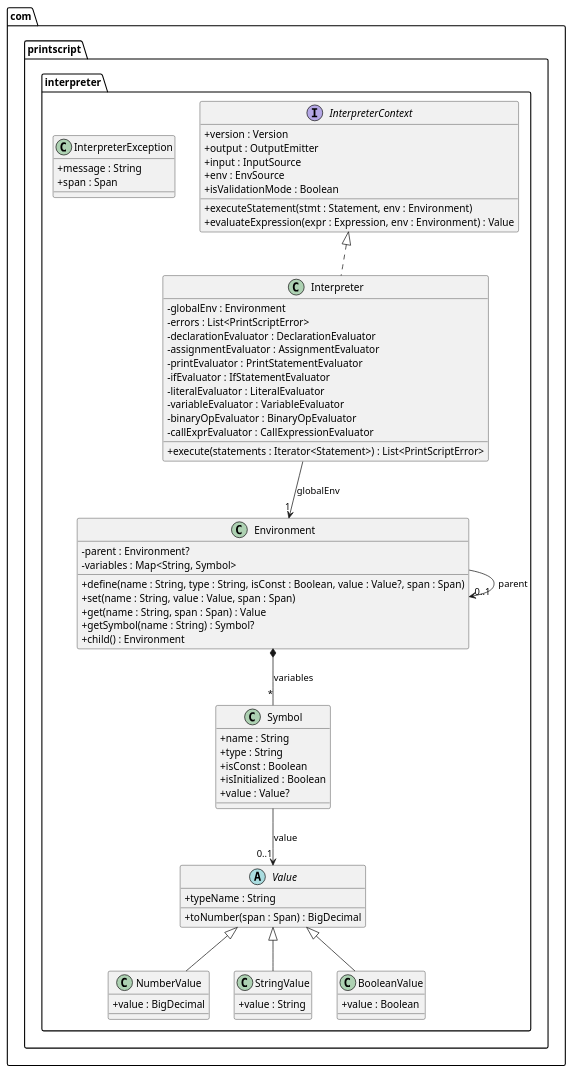
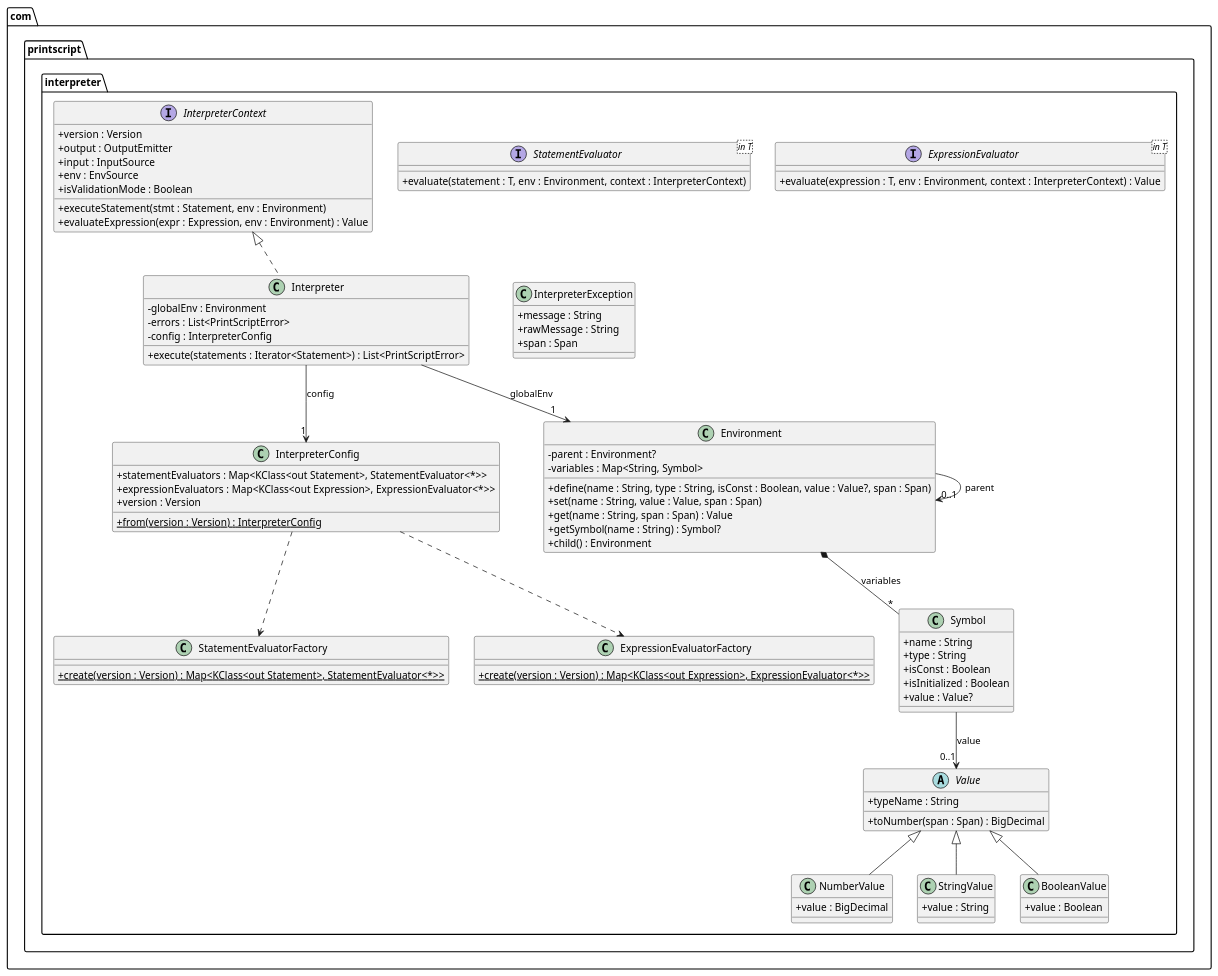
Before and after one commit to IngsisMac/printscript: the diagram in docs/diagrams/interpreter.puml, drawn with PlantUML. The commit also changed 10 other files, not shown here.

Commit message:
updated diagrams

```diff
--- a/docs/diagrams/interpreter.puml
+++ b/docs/diagrams/interpreter.puml
@@ -1,76 +1,96 @@
 @startuml
 skinparam classAttributeIconSize 0
 
 package "com.printscript.interpreter" {
 
     interface InterpreterContext {
         + version : Version
         + output : OutputEmitter
         + input : InputSource
         + env : EnvSource
         + isValidationMode : Boolean
         + executeStatement(stmt : Statement, env : Environment)
         + evaluateExpression(expr : Expression, env : Environment) : Value
     }
 
     class Interpreter implements InterpreterContext {
         - globalEnv : Environment
         - errors : List<PrintScriptError>
-        - declarationEvaluator : DeclarationEvaluator
-        - assignmentEvaluator : AssignmentEvaluator
-        - printEvaluator : PrintStatementEvaluator
-        - ifEvaluator : IfStatementEvaluator
-        - literalEvaluator : LiteralEvaluator
-        - variableEvaluator : VariableEvaluator
-        - binaryOpEvaluator : BinaryOpEvaluator
-        - callExprEvaluator : CallExpressionEvaluator
+        - config : InterpreterConfig
         + execute(statements : Iterator<Statement>) : List<PrintScriptError>
+    }
+
+    class InterpreterConfig {
+        + statementEvaluators : Map<KClass<out Statement>, StatementEvaluator<*>>
+        + expressionEvaluators : Map<KClass<out Expression>, ExpressionEvaluator<*>>
+        + version : Version
+        + {static} from(version : Version) : InterpreterConfig
+    }
+
+    class StatementEvaluatorFactory {
+        + {static} create(version : Version) : Map<KClass<out Statement>, StatementEvaluator<*>>
+    }
+
+    class ExpressionEvaluatorFactory {
+        + {static} create(version : Version) : Map<KClass<out Expression>, ExpressionEvaluator<*>>
+    }
+
+    interface StatementEvaluator<in T> {
+        + evaluate(statement : T, env : Environment, context : InterpreterContext)
+    }
+
+    interface ExpressionEvaluator<in T> {
+        + evaluate(expression : T, env : Environment, context : InterpreterContext) : Value
     }
 
     class Environment {
         - parent : Environment?
         - variables : Map<String, Symbol>
         + define(name : String, type : String, isConst : Boolean, value : Value?, span : Span)
         + set(name : String, value : Value, span : Span)
         + get(name : String, span : Span) : Value
         + getSymbol(name : String) : Symbol?
         + child() : Environment
     }
 
     class Symbol {
         + name : String
         + type : String
         + isConst : Boolean
         + isInitialized : Boolean
         + value : Value?
     }
 
     abstract class Value {
         + typeName : String
         + toNumber(span : Span) : BigDecimal
     }
 
     class NumberValue extends Value {
         + value : BigDecimal
     }
 
     class StringValue extends Value {
         + value : String
     }
 
     class BooleanValue extends Value {
         + value : Boolean
     }
 
     class InterpreterException {
         + message : String
+        + rawMessage : String
         + span : Span
     }
 
     Interpreter --> "1" Environment : globalEnv
+    Interpreter --> "1" InterpreterConfig : config
+    InterpreterConfig ..> StatementEvaluatorFactory
+    InterpreterConfig ..> ExpressionEvaluatorFactory
     Environment --> "0..1" Environment : parent
     Environment *-- "*" Symbol : variables
     Symbol --> "0..1" Value : value
 }
 
 @enduml
```
